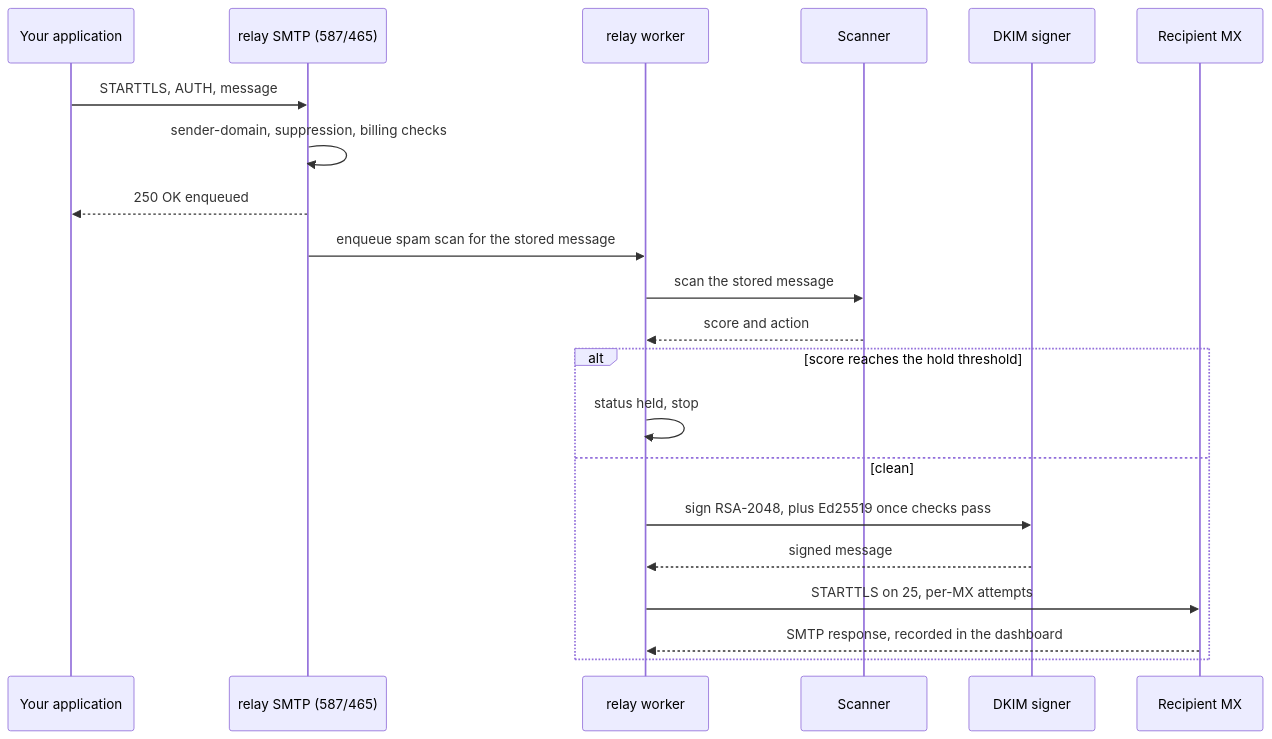
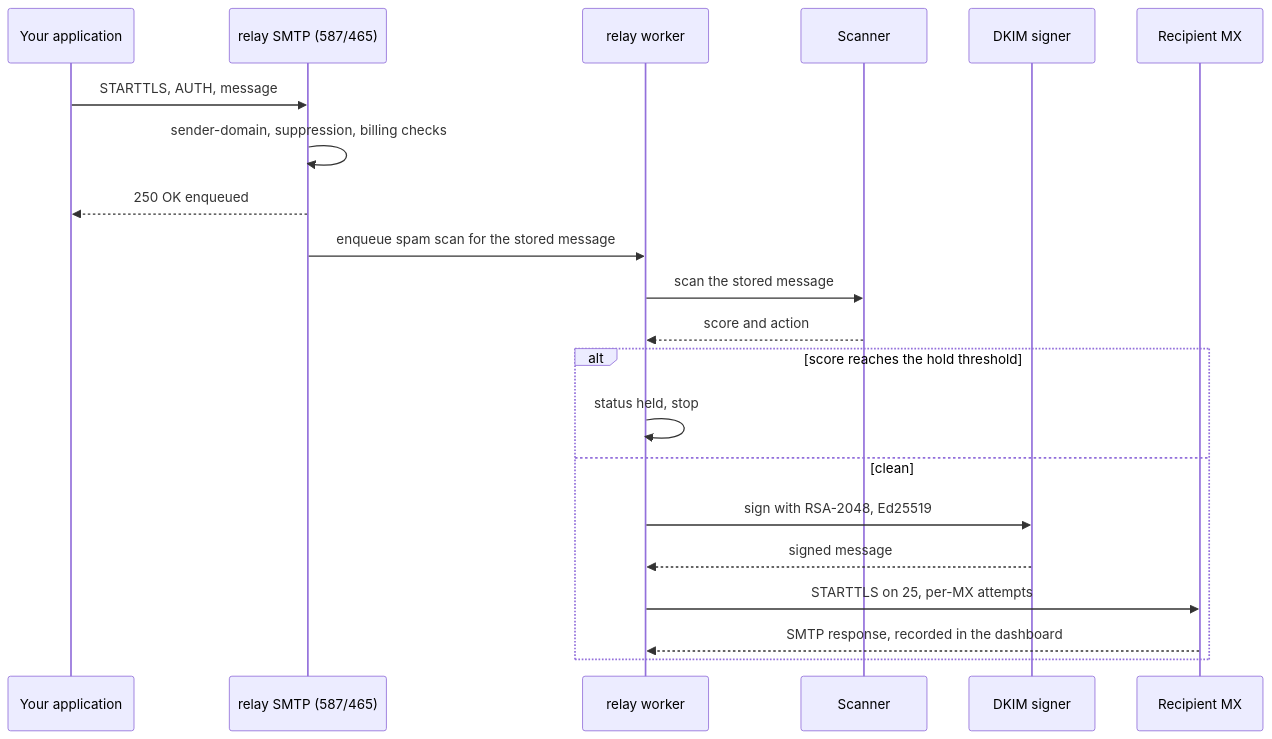
Before and after one commit to codingjoe/relay: the diagram in docs/docs/deliverability.md, drawn with Mermaid. The commit also changed other lines of this file and 9 other files, not shown here.

````diff
--- a/docs/docs/deliverability.md
+++ b/docs/docs/deliverability.md
@@ -64,24 +60,24 @@
 ```mermaid
 sequenceDiagram
     participant App as Your application
     participant MSA as relay SMTP (587/465)
     participant Worker as relay worker
     participant Scan as Scanner
     participant Sign as DKIM signer
     participant Remote as Recipient MX
 
     App->>MSA: STARTTLS, AUTH, message
     MSA->>MSA: sender-domain, suppression, billing checks
     MSA-->>App: 250 OK enqueued
     MSA->>Worker: enqueue spam scan for the stored message
     Worker->>Scan: scan the stored message
     Scan-->>Worker: score and action
     alt score reaches the hold threshold
         Worker->>Worker: status held, stop
     else clean
-        Worker->>Sign: sign RSA-2048, plus Ed25519 once checks pass
+        Worker->>Sign: sign with RSA-2048, Ed25519
         Sign-->>Worker: signed message
         Worker->>Remote: STARTTLS on 25, per-MX attempts
         Remote-->>Worker: SMTP response, recorded in the dashboard
     end
 ```
````
